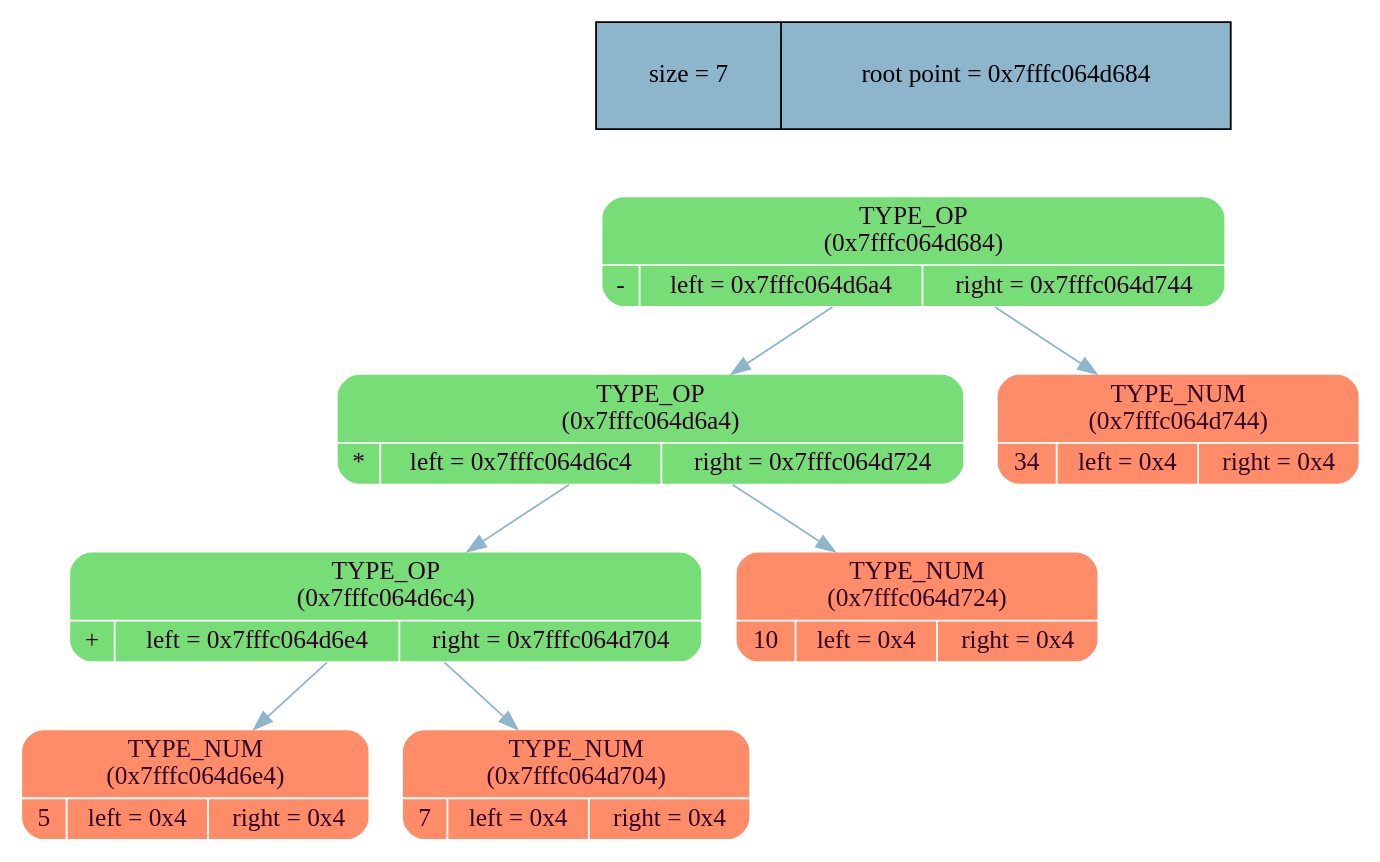
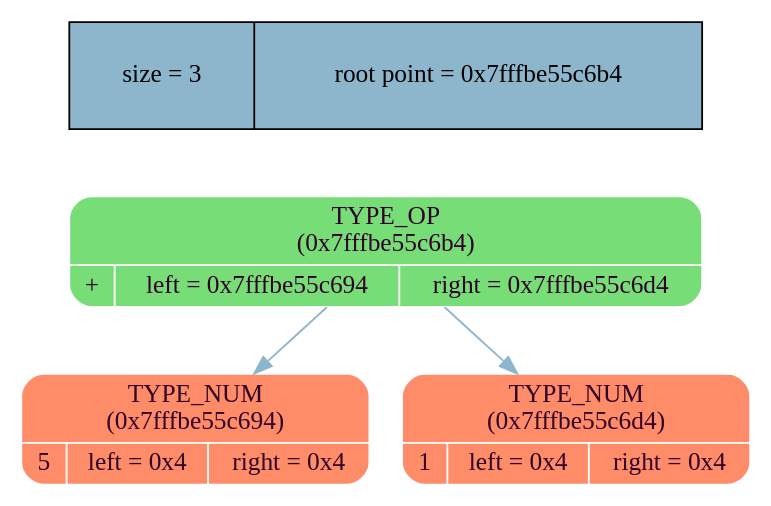
One commit to MaxGroshev/differentiator changed the diagram in dump_info/tree_dump.dot. Above: the diagram before and after it, drawn with Graphviz. The commit also changed 6 other files, not shown here.

```diff
--- a/dump_info/tree_dump.dot
+++ b/dump_info/tree_dump.dot
@@ -1,22 +1,14 @@
 digraph   
 {
 rankdir = ""
 splines = "true"
 
-node_stat [margin = "0.3*0.3", style = "filled", shape = "record", fillcolor = "#8DB6CD" label = " size = 7 | root point = 0x7fffc064d684"]
+node_stat [margin = "0.3*0.3", style = "filled", shape = "record", fillcolor = "#8DB6CD" label = " size = 3 | root point = 0x7fffbe55c6b4"]
 {rank = source; node_stat}
 
-node0x7fffc064d684 [shape = "Mrecord", fillcolor = "#77DD77", style = "filled", fontcolor = "#31032A", fontname = "Calibri", color = "white", label = "{TYPE_OP\n (0x7fffc064d684)| {- |left = 0x7fffc064d6a4 |right = 0x7fffc064d744}}"]
-node0x7fffc064d684 -> node0x7fffc064d6a4 [color = "#8DB6CD", style = "", constraint = true, fillcolor = "#8DB6CD",   fontcolor = "", fontname = "Calibri", label = ""];
-node0x7fffc064d6a4 [shape = "Mrecord", fillcolor = "#77DD77", style = "filled", fontcolor = "#31032A", fontname = "Calibri", color = "white", label = "{TYPE_OP\n (0x7fffc064d6a4)| {* |left = 0x7fffc064d6c4 |right = 0x7fffc064d724}}"]
-node0x7fffc064d6a4 -> node0x7fffc064d6c4 [color = "#8DB6CD", style = "", constraint = true, fillcolor = "#8DB6CD",   fontcolor = "", fontname = "Calibri", label = ""];
-node0x7fffc064d6c4 [shape = "Mrecord", fillcolor = "#77DD77", style = "filled", fontcolor = "#31032A", fontname = "Calibri", color = "white", label = "{TYPE_OP\n (0x7fffc064d6c4)| {+ |left = 0x7fffc064d6e4 |right = 0x7fffc064d704}}"]
-node0x7fffc064d6c4 -> node0x7fffc064d6e4 [color = "#8DB6CD", style = "", constraint = true, fillcolor = "#8DB6CD",   fontcolor = "", fontname = "Calibri", label = ""];
-node0x7fffc064d6e4 [shape = "Mrecord", fillcolor = "#FF8C69", style = "filled", fontcolor = "#31032A", fontname = "Calibri", color = "white", label = "{TYPE_NUM\n (0x7fffc064d6e4)| {5 |left = 0x4 |right = 0x4}}"]
-node0x7fffc064d6c4 -> node0x7fffc064d704 [color = "#8DB6CD", style = "", constraint = true, fillcolor = "#8DB6CD",   fontcolor = "", fontname = "Calibri", label = ""];
-node0x7fffc064d704 [shape = "Mrecord", fillcolor = "#FF8C69", style = "filled", fontcolor = "#31032A", fontname = "Calibri", color = "white", label = "{TYPE_NUM\n (0x7fffc064d704)| {7 |left = 0x4 |right = 0x4}}"]
-node0x7fffc064d6a4 -> node0x7fffc064d724 [color = "#8DB6CD", style = "", constraint = true, fillcolor = "#8DB6CD",   fontcolor = "", fontname = "Calibri", label = ""];
-node0x7fffc064d724 [shape = "Mrecord", fillcolor = "#FF8C69", style = "filled", fontcolor = "#31032A", fontname = "Calibri", color = "white", label = "{TYPE_NUM\n (0x7fffc064d724)| {10 |left = 0x4 |right = 0x4}}"]
-node0x7fffc064d684 -> node0x7fffc064d744 [color = "#8DB6CD", style = "", constraint = true, fillcolor = "#8DB6CD",   fontcolor = "", fontname = "Calibri", label = ""];
-node0x7fffc064d744 [shape = "Mrecord", fillcolor = "#FF8C69", style = "filled", fontcolor = "#31032A", fontname = "Calibri", color = "white", label = "{TYPE_NUM\n (0x7fffc064d744)| {34 |left = 0x4 |right = 0x4}}"]
+node0x7fffbe55c6b4 [shape = "Mrecord", fillcolor = "#77DD77", style = "filled", fontcolor = "#31032A", fontname = "Calibri", color = "white", label = "{TYPE_OP\n (0x7fffbe55c6b4)| {+ |left = 0x7fffbe55c694 |right = 0x7fffbe55c6d4}}"]
+node0x7fffbe55c6b4 -> node0x7fffbe55c694 [color = "#8DB6CD", style = "", constraint = true, fillcolor = "#8DB6CD",   fontcolor = "", fontname = "Calibri", label = ""];
+node0x7fffbe55c694 [shape = "Mrecord", fillcolor = "#FF8C69", style = "filled", fontcolor = "#31032A", fontname = "Calibri", color = "white", label = "{TYPE_NUM\n (0x7fffbe55c694)| {5 |left = 0x4 |right = 0x4}}"]
+node0x7fffbe55c6b4 -> node0x7fffbe55c6d4 [color = "#8DB6CD", style = "", constraint = true, fillcolor = "#8DB6CD",   fontcolor = "", fontname = "Calibri", label = ""];
+node0x7fffbe55c6d4 [shape = "Mrecord", fillcolor = "#FF8C69", style = "filled", fontcolor = "#31032A", fontname = "Calibri", color = "white", label = "{TYPE_NUM\n (0x7fffbe55c6d4)| {1 |left = 0x4 |right = 0x4}}"]
 }
```
